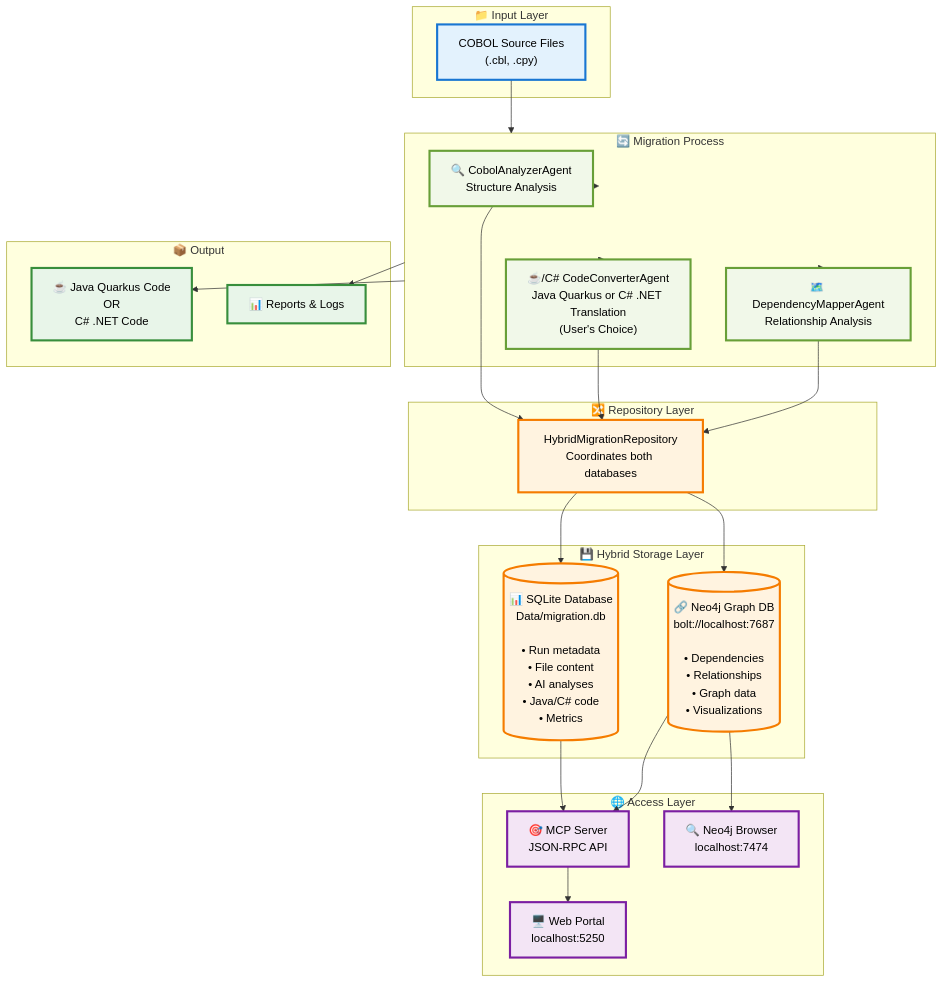
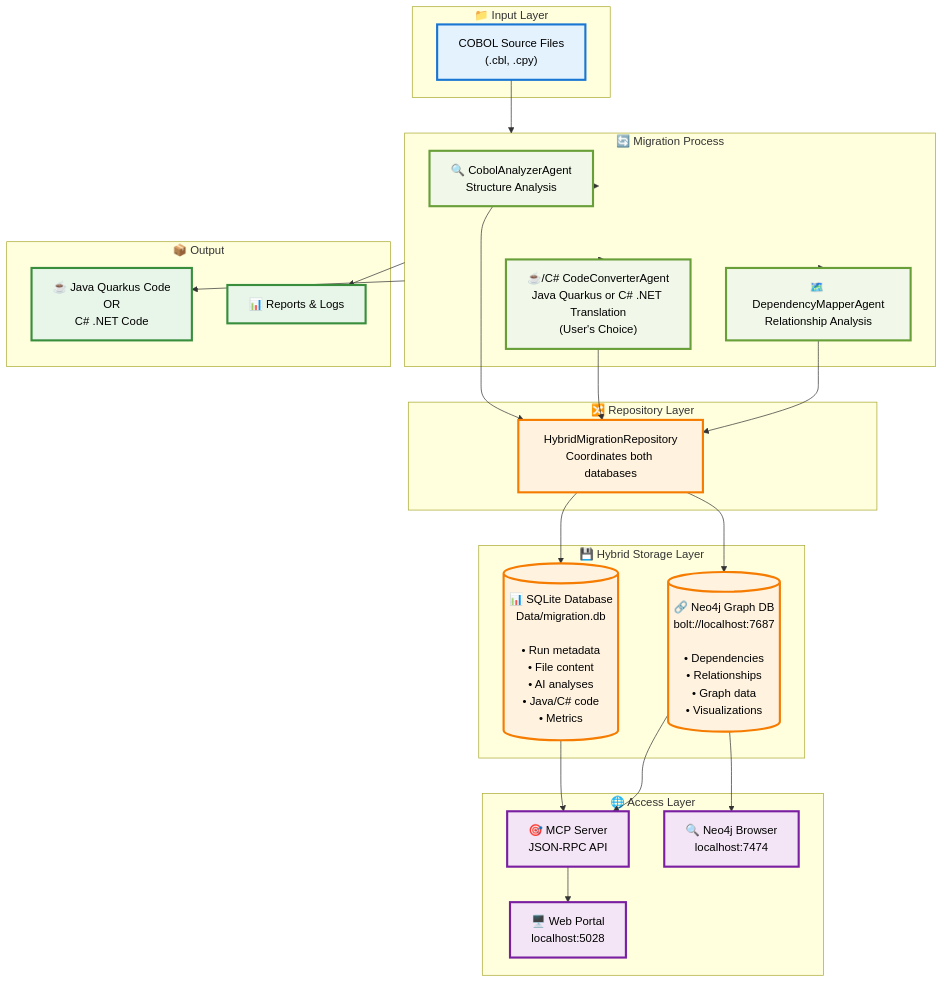
The first of 4 diagrams in README.md (Azure-Samples/Legacy-Modernization-Agents), drawn with Mermaid before and after one commit. The commit also changed other lines of this file and 10 other files, not shown here.

````diff
--- a/README.md
+++ b/README.md
@@ -689,65 +690,65 @@
 ```mermaid
 flowchart TB
     subgraph INPUT["📁 Input Layer"]
         COBOL["COBOL Source Files<br/>(.cbl, .cpy)"]
     end
     
     subgraph PROCESS["🔄 Migration Process"]
         ANALYZER["🔍 CobolAnalyzerAgent<br/>Structure Analysis"]
         CONVERTER["☕/C# CodeConverterAgent<br/>Java Quarkus or C# .NET Translation<br/>(User's Choice)"]
         MAPPER["🗺️ DependencyMapperAgent<br/>Relationship Analysis"]
     end
     
     subgraph STORAGE["💾 Hybrid Storage Layer"]
         SQLITE[("📊 SQLite Database<br/>Data/migration.db<br/><br/>• Run metadata<br/>• File content<br/>• AI analyses<br/>• Java/C# code<br/>• Metrics")]
         NEO4J[("🔗 Neo4j Graph DB<br/>bolt://localhost:7687<br/><br/>• Dependencies<br/>• Relationships<br/>• Graph data<br/>• Visualizations")]
     end
     
     subgraph REPO["🔀 Repository Layer"]
         HYBRID["HybridMigrationRepository<br/>Coordinates both databases"]
     end
     
     subgraph ACCESS["🌐 Access Layer"]
         MCP["🎯 MCP Server<br/>JSON-RPC API"]
-        PORTAL["🖥️ Web Portal<br/>localhost:5250"]
+        PORTAL["🖥️ Web Portal<br/>localhost:5028"]
         BROWSER["🔍 Neo4j Browser<br/>localhost:7474"]
     end
     
     subgraph OUTPUT["📦 Output"]
         JAVA["☕ Java Quarkus Code<br/>OR<br/>C# .NET Code"]
         REPORTS["📊 Reports & Logs"]
     end
     
     COBOL --> PROCESS
     PROCESS --> ANALYZER
     PROCESS --> CONVERTER
     PROCESS --> MAPPER
     
     ANALYZER --> HYBRID
     CONVERTER --> HYBRID
     MAPPER --> HYBRID
     
     HYBRID --> SQLITE
     HYBRID --> NEO4J
     
     SQLITE --> MCP
     NEO4J --> MCP
     NEO4J --> BROWSER
     
     MCP --> PORTAL
     
     PROCESS --> JAVA
     PROCESS --> REPORTS
     
     classDef inputStyle fill:#e3f2fd,stroke:#1976d2,stroke-width:3px,color:#000
     classDef processStyle fill:#f1f8e9,stroke:#689f38,stroke-width:3px,color:#000
     classDef storageStyle fill:#fff3e0,stroke:#f57c00,stroke-width:3px,color:#000
     classDef accessStyle fill:#f3e5f5,stroke:#7b1fa2,stroke-width:3px,color:#000
     classDef outputStyle fill:#e8f5e9,stroke:#388e3c,stroke-width:3px,color:#000
     
     class COBOL inputStyle
     class ANALYZER,CONVERTER,MAPPER processStyle
     class SQLITE,NEO4J,HYBRID storageStyle
     class MCP,PORTAL,BROWSER accessStyle
     class JAVA,REPORTS outputStyle
 ```
````
